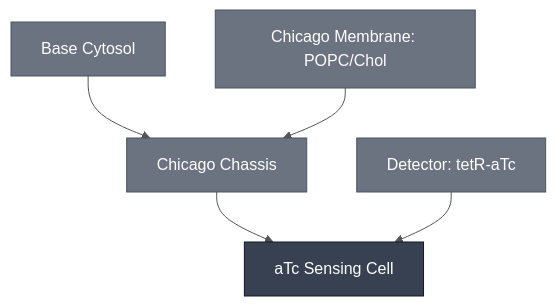
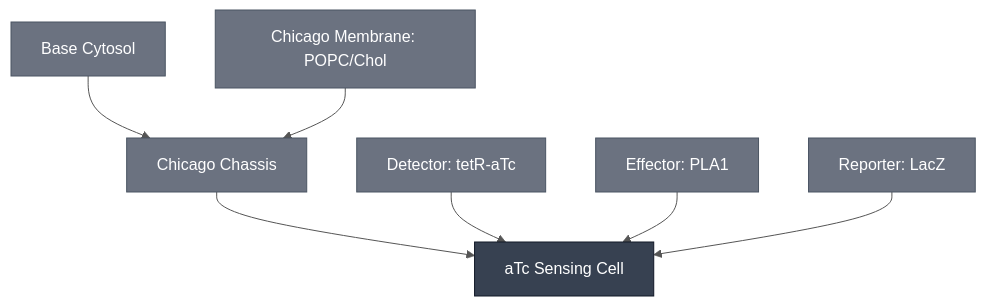
Before and after one commit to nucleus-eng/nucleus-docs: the diagram in docs/modules/atc-sensing-cell/spec.md, drawn with Mermaid. The commit also changed other lines of this file and 7 other files, not shown here.

````diff
--- a/docs/modules/atc-sensing-cell/spec.md
+++ b/docs/modules/atc-sensing-cell/spec.md
@@ -33,25 +33,31 @@
 ```mermaid
 %%{init: {'theme': 'base', 'themeVariables': {'lineColor': '#555555', 'edgeLabelBackground': '#ffffff'}}}%%
 flowchart TD
     ATC_SENSING_CELL["aTc Sensing Cell"]
     BASE_CYTOSOL["Base Cytosol"]
     CHICAGO_CHASSIS["Chicago Chassis"]
     DETECTOR_TETR_ATC["Detector: tetR-aTc"]
+    EFFECTOR_PLA1["Effector: PLA1"]
     MEMBRANE_POPC_CHOL_CHICAGO["Chicago Membrane: POPC/Chol"]
+    REPORTER_LACZ["Reporter: LacZ"]
 
     CHICAGO_CHASSIS --> ATC_SENSING_CELL
     DETECTOR_TETR_ATC --> ATC_SENSING_CELL
+    EFFECTOR_PLA1 --> ATC_SENSING_CELL
+    REPORTER_LACZ --> ATC_SENSING_CELL
     BASE_CYTOSOL --> CHICAGO_CHASSIS
     MEMBRANE_POPC_CHOL_CHICAGO --> CHICAGO_CHASSIS
 
     classDef constituent fill:#6B7280,color:#ffffff,stroke:#4B5563;
     classDef this fill:#374151,color:#ffffff,stroke:#111827;
-    class BASE_CYTOSOL,CHICAGO_CHASSIS,DETECTOR_TETR_ATC,MEMBRANE_POPC_CHOL_CHICAGO constituent;
+    class BASE_CYTOSOL,CHICAGO_CHASSIS,DETECTOR_TETR_ATC,EFFECTOR_PLA1,MEMBRANE_POPC_CHOL_CHICAGO,REPORTER_LACZ constituent;
     class ATC_SENSING_CELL this;
 
     click ATC_SENSING_CELL "/docs/modules/atc-sensing-cell/spec"
     click BASE_CYTOSOL "/docs/modules/base-cytosol/spec"
     click CHICAGO_CHASSIS "/docs/modules/chicago-chassis/spec"
     click DETECTOR_TETR_ATC "/docs/modules/detector-tetr-atc/spec"
+    click EFFECTOR_PLA1 "/docs/modules/effector-pla1/spec"
     click MEMBRANE_POPC_CHOL_CHICAGO "/docs/modules/membrane-popc-chol-chicago/spec"
+    click REPORTER_LACZ "/docs/modules/reporter-lacz/spec"
 ```
````
